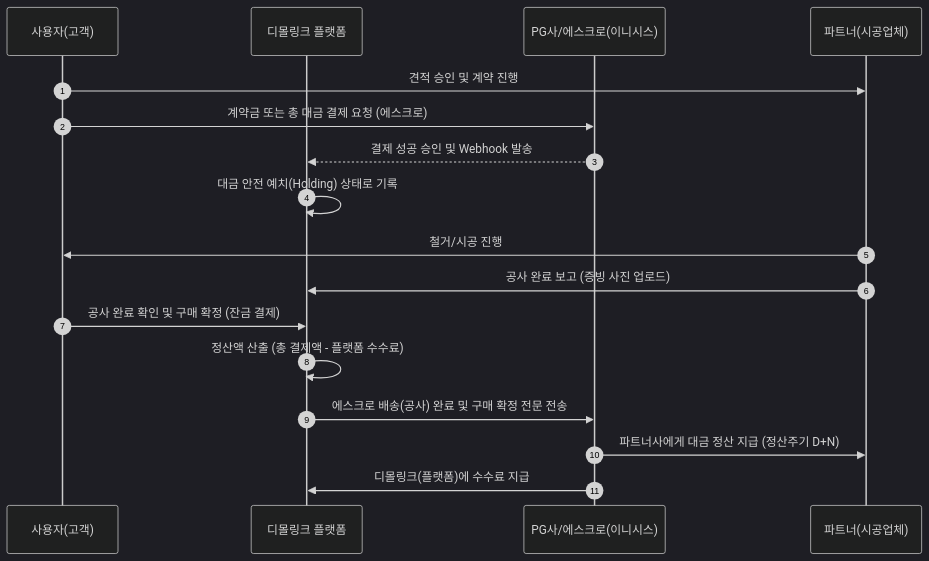
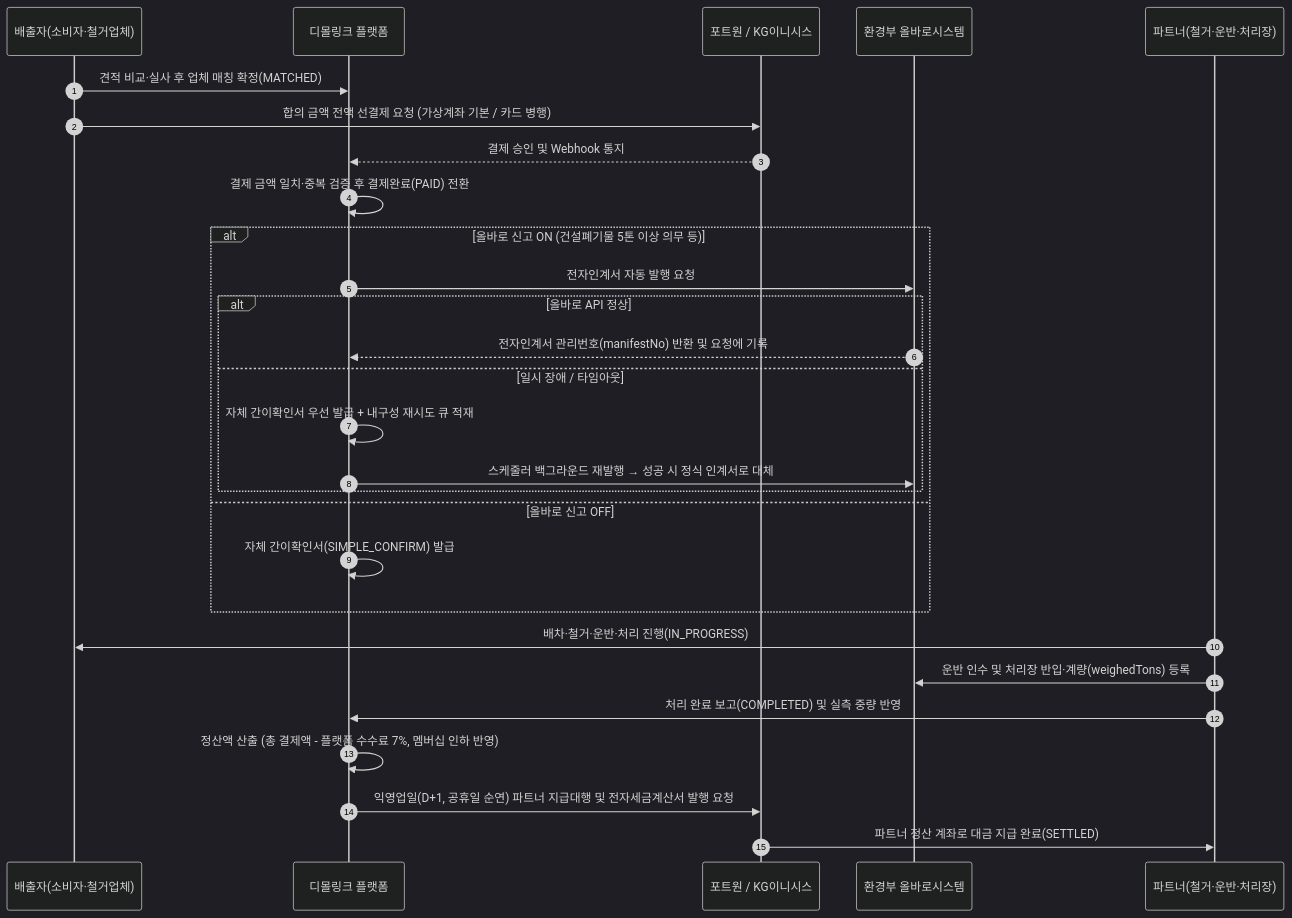
The diagram in diagram.mmd (coalfire-create/dimollink), drawn with Mermaid (dark theme) before and after one commit. The commit also changed 20 other files, not shown here.

```diff
--- a/diagram.mmd
+++ b/diagram.mmd
@@ -1,23 +1,34 @@
 sequenceDiagram
     autonumber
-    participant U as 사용자(고객)
+    participant U as 배출자(소비자·철거업체)
     participant P as 디몰링크 플랫폼
-    participant E as PG사/에스크로(이니시스)
-    participant C as 파트너(시공업체)
+    participant PG as 포트원 / KG이니시스
+    participant A as 환경부 올바로시스템
+    participant C as 파트너(철거·운반·처리장)
 
-    %% 계약 및 선결제(계약금) 단계
-    U->>C: 견적 승인 및 계약 진행
-    U->>E: 계약금 또는 총 대금 결제 요청 (에스크로)
-    E-->>P: 결제 성공 승인 및 Webhook 발송
-    P->>P: 대금 안전 예치(Holding) 상태로 기록
+    %% 1. 매칭 확정 및 선결제(전액) 단계
+    U->>P: 견적 비교·실사 후 업체 매칭 확정(MATCHED)
+    U->>PG: 합의 금액 전액 선결제 요청 (가상계좌 기본 / 카드 병행)
+    PG-->>P: 결제 승인 및 Webhook 통지
+    P->>P: 결제 금액 일치·중복 검증 후 결제완료(PAID) 전환
 
-    %% 공사 진행 단계
-    C->>U: 철거/시공 진행
-    C->>P: 공사 완료 보고 (증빙 사진 업로드)
+    %% 2. 올바로 전자인계서 발행 및 작업 진행 단계
+    alt 올바로 신고 ON (건설폐기물 5톤 이상 의무 등)
+        P->>A: 전자인계서 자동 발행 요청
+        alt 올바로 API 정상
+            A-->>P: 전자인계서 관리번호(manifestNo) 반환 및 요청에 기록
+        else 일시 장애 / 타임아웃
+            P->>P: 자체 간이확인서 우선 발급 + 내구성 재시도 큐 적재
+            P->>A: 스케줄러 백그라운드 재발행 → 성공 시 정식 인계서로 대체
+        end
+    else 올바로 신고 OFF
+        P->>P: 자체 간이확인서(SIMPLE_CONFIRM) 발급
+    end
+    C->>U: 배차·철거·운반·처리 진행(IN_PROGRESS)
+    C->>A: 운반 인수 및 처리장 반입·계량(weighedTons) 등록
+    C->>P: 처리 완료 보고(COMPLETED) 및 실측 중량 반영
 
-    %% 구매 확정 및 정산 단계
-    U->>P: 공사 완료 확인 및 구매 확정 (잔금 결제)
-    P->>P: 정산액 산출 (총 결제액 - 플랫폼 수수료)
-    P->>E: 에스크로 배송(공사) 완료 및 구매 확정 전문 전송
-    E->>C: 파트너사에게 대금 정산 지급 (정산주기 D+N)
-    E->>P: 디몰링크(플랫폼)에 수수료 지급
+    %% 3. D+1 정산 및 전자세금계산서 발행 단계
+    P->>P: 정산액 산출 (총 결제액 - 플랫폼 수수료 7%, 멤버십 인하 반영)
+    P->>PG: 익영업일(D+1, 공휴일 순연) 파트너 지급대행 및 전자세금계산서 발행 요청
+    PG->>C: 파트너 정산 계좌로 대금 지급 완료(SETTLED)
```
